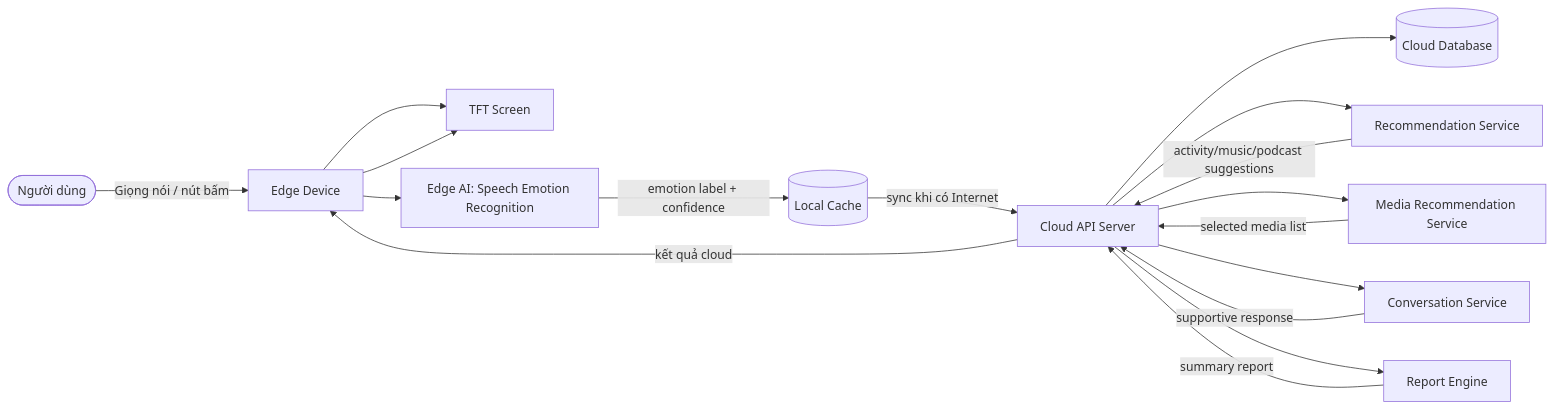
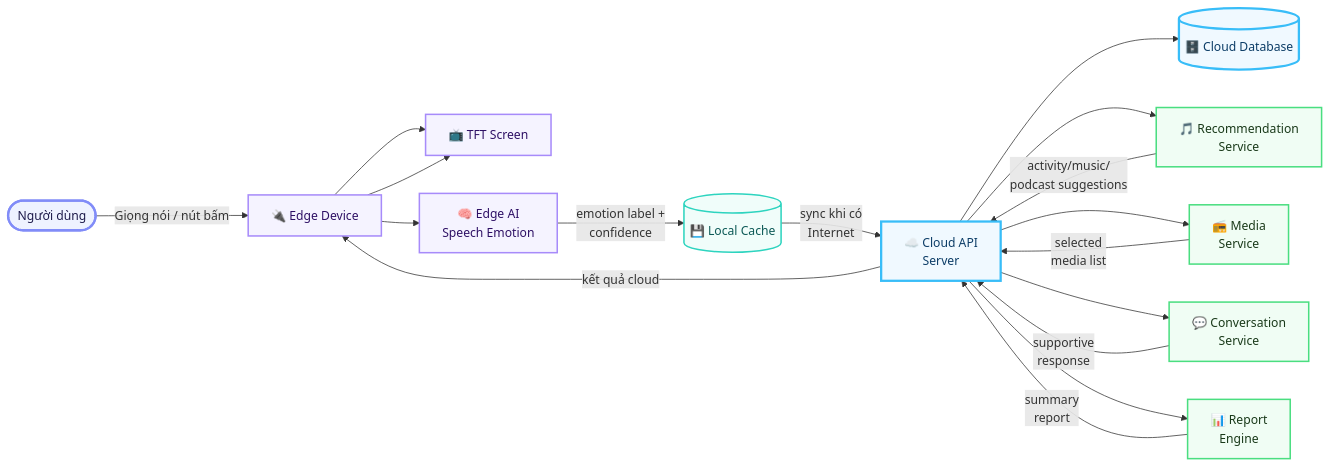
Before and after one commit to Computer-Vision-HCMUS/AIoT-Server: the diagram in docs/Spectification/EmotiCareAIoT/02_Architecture & Hardware.md, drawn with Mermaid. The commit also changed other lines of this file and 88 other files, not shown here.

````diff
--- a/docs/Spectification/EmotiCareAIoT/02_Architecture & Hardware.md
+++ b/docs/Spectification/EmotiCareAIoT/02_Architecture & Hardware.md
@@ -7,31 +7,42 @@
 ```mermaid
 flowchart LR
     User(["Người dùng"])
-    Device["Edge Device"]
-    TFT["TFT Screen"]
-    EdgeAI["Edge AI: Speech Emotion Recognition"]
-    Cache[("Local Cache")]
-    Cloud["Cloud API Server"]
-    DB[("Cloud Database")]
-    Reco["Recommendation Service"]
-    Media["Media Recommendation Service"]
-    Chat["Conversation Service"]
-    Report["Report Engine"]
+    Device["🔌 Edge Device"]
+    TFT["📺 TFT Screen"]
+    EdgeAI["🧠 Edge AI<br/>Speech Emotion"]
+    Cache[("💾 Local Cache")]
+    Cloud["☁️ Cloud API<br/>Server"]
+    DB[("🗄️ Cloud Database")]
+    Reco["🎵 Recommendation<br/>Service"]
+    Media["📻 Media<br/>Service"]
+    Chat["💬 Conversation<br/>Service"]
+    Report["📊 Report<br/>Engine"]
 
     User -->|"Giọng nói / nút bấm"| Device
     Device --> EdgeAI
-    EdgeAI -->|"emotion label + confidence"| Cache
+    EdgeAI -->|"emotion label +<br/>confidence"| Cache
     Device --> TFT
-    Cache -->|"sync khi có Internet"| Cloud
+    Cache -->|"sync khi có<br/>Internet"| Cloud
     Cloud --> DB
     Cloud --> Reco
     Cloud --> Media
     Cloud --> Chat
     Cloud --> Report
-    Reco -->|"activity/music/podcast suggestions"| Cloud
-    Media -->|"selected media list"| Cloud
-    Chat -->|"supportive response"| Cloud
-    Report -->|"summary report"| Cloud
+    Reco -->|"activity/music/<br/>podcast suggestions"| Cloud
+    Media -->|"selected<br/>media list"| Cloud
+    Chat -->|"supportive<br/>response"| Cloud
+    Report -->|"summary<br/>report"| Cloud
     Cloud -->|"kết quả cloud"| Device
     Device --> TFT
+
+    classDef userNode stroke:#818cf8,fill:#eef2ff,stroke-width:3px,color:#1e1b4b
+    classDef edgeNode stroke:#a78bfa,fill:#f5f3ff,stroke-width:2px,color:#2e1065
+    classDef cacheNode stroke:#2dd4bf,fill:#f0fdfa,stroke-width:2px,color:#0d5a57
+    classDef cloudNode stroke:#38bdf8,fill:#f0f9ff,stroke-width:3px,color:#0c3d67
+    classDef serviceNode stroke:#4ade80,fill:#f0fdf4,stroke-width:2px,color:#1a3a1a
+    class User userNode
+    class Device,TFT,EdgeAI edgeNode
+    class Cache cacheNode
+    class Cloud,DB cloudNode
+    class Reco,Media,Chat,Report serviceNode
 ```
````
